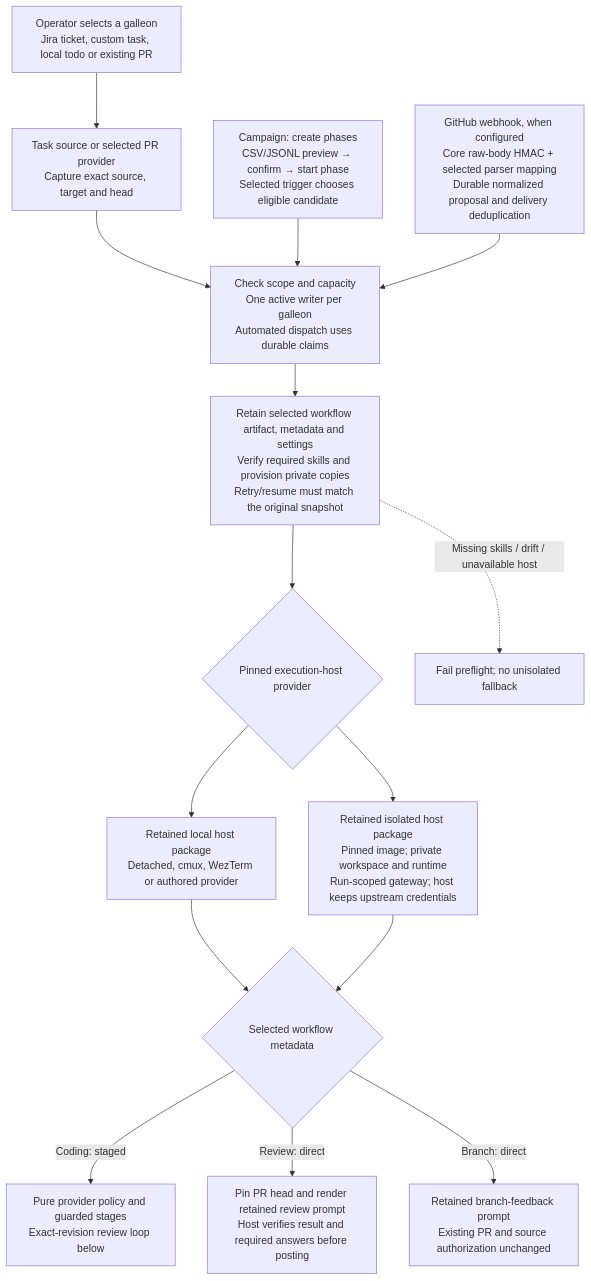
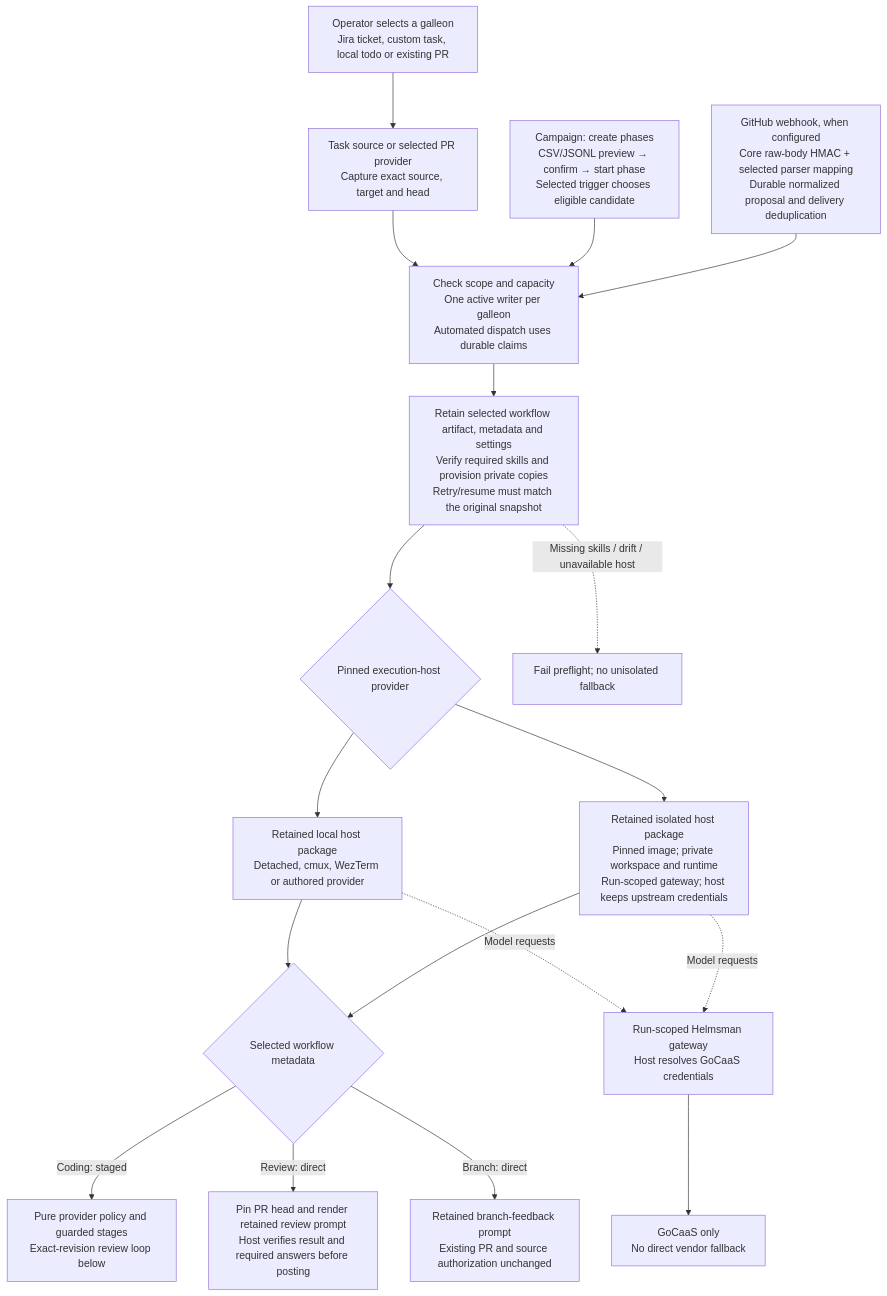
Diagram 23 of 26 in docs/helmsman-process.md (nloehlein-godaddy/helmsman), drawn with Mermaid before and after one commit. The commit also changed other lines of this file and 20 other files, not shown here.

````diff
--- a/docs/helmsman-process.md
+++ b/docs/helmsman-process.md
@@ -545,17 +545,20 @@
 ```mermaid
 flowchart TD
     Manual[Operator selects a galleon<br/>Jira ticket, custom task, local todo or existing PR] --> Prepare[Task source or selected PR provider<br/>Capture exact source, target and head]
     Prepare --> Dispatch
     Campaign[Campaign: create phases<br/>CSV/JSONL preview → confirm → start phase<br/>Selected trigger chooses eligible candidate] --> Dispatch
     Webhook[GitHub webhook, when configured<br/>Core raw-body HMAC + selected parser mapping<br/>Durable normalized proposal and delivery deduplication] --> Dispatch
     Dispatch[Check scope and capacity<br/>One active writer per galleon<br/>Automated dispatch uses durable claims] --> Snapshot[Retain selected workflow artifact, metadata and settings<br/>Verify required skills and provision private copies<br/>Retry/resume must match the original snapshot]
     Snapshot --> Host{Pinned execution-host provider}
     Host --> Local[Retained local host package<br/>Detached, cmux, WezTerm or authored provider]
     Host --> Docker[Retained isolated host package<br/>Pinned image; private workspace and runtime<br/>Run-scoped gateway; host keeps upstream credentials]
     Local --> Workflow{Selected workflow metadata}
     Docker --> Workflow
+    Local -. Model requests .-> Gateway[Run-scoped Helmsman gateway<br/>Host resolves GoCaaS credentials]
+    Docker -. Model requests .-> Gateway
+    Gateway --> GoCaaS[GoCaaS only<br/>No direct vendor fallback]
     Workflow -->|Coding: staged| Coding[Pure provider policy and guarded stages<br/>Exact-revision review loop below]
     Workflow -->|Review: direct| Review[Pin PR head and render retained review prompt<br/>Host verifies result and required answers before posting]
     Workflow -->|Branch: direct| Branch[Retained branch-feedback prompt<br/>Existing PR and source authorization unchanged]
     Snapshot -.->|Missing skills / drift / unavailable host| Block[Fail preflight; no unisolated fallback]
 ```
````
